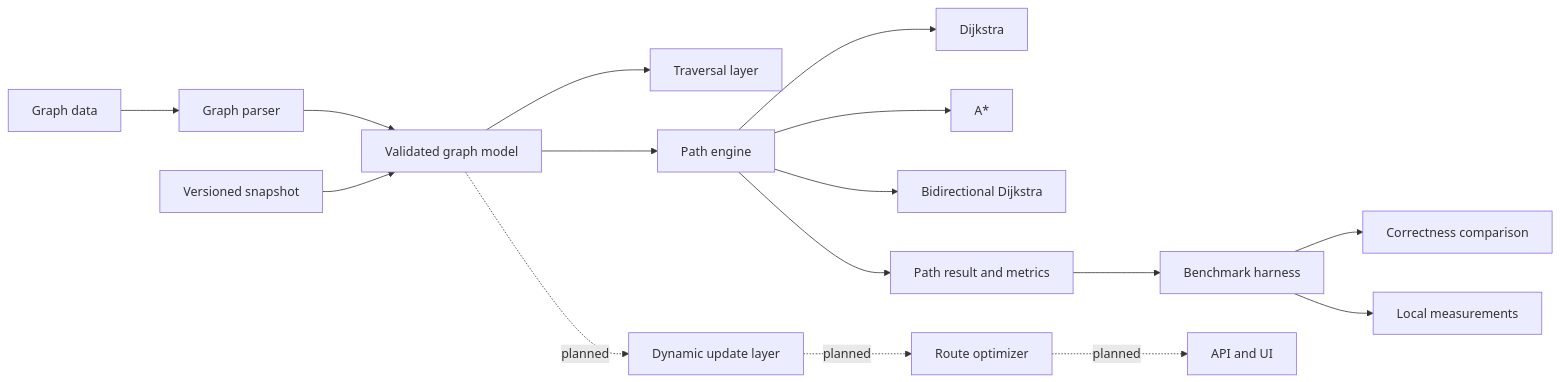
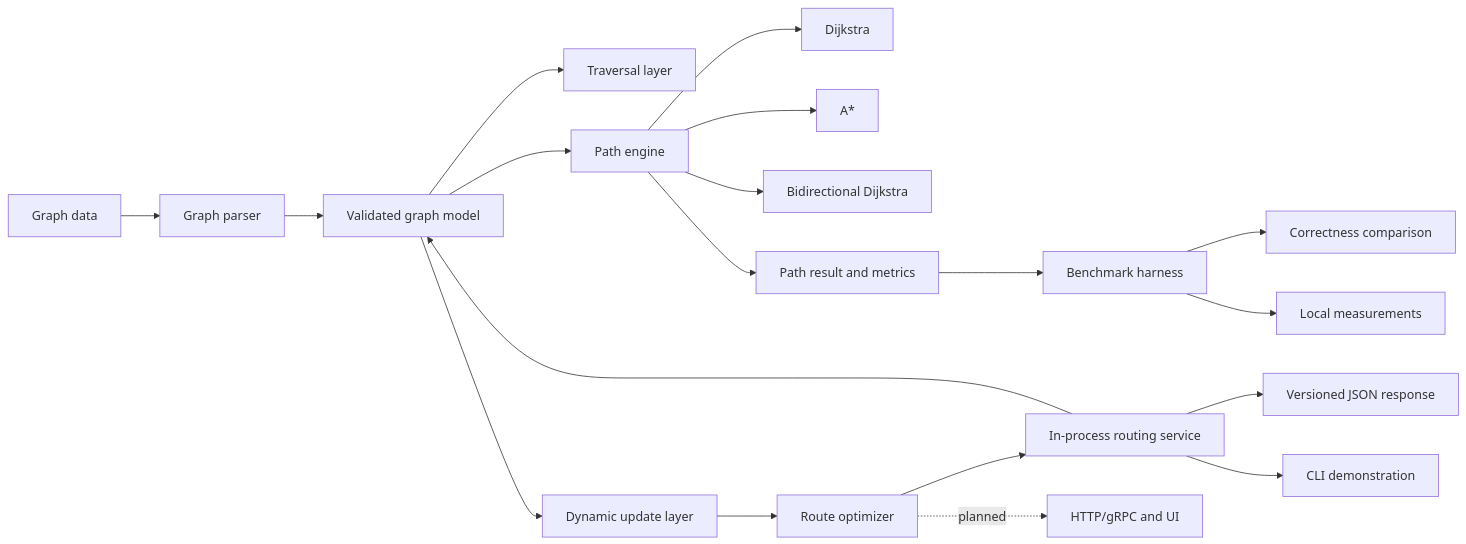
Before and after one commit to Bishrav/ATLAS: the diagram in README.md, drawn with Mermaid. The commit also changed other lines of this file and 2 other files, not shown here.

````diff
--- a/README.md
+++ b/README.md
@@ -75,18 +75,21 @@
 ```mermaid
 flowchart LR
     D[Graph data] --> P[Graph parser]
     P --> V[Validated graph model]
     S[Versioned snapshot] --> V
     V --> T[Traversal layer]
     V --> R[Path engine]
     R --> DJ[Dijkstra]
     R --> AS[A*]
     R --> BD[Bidirectional Dijkstra]
     R --> M[Path result and metrics]
     M --> B[Benchmark harness]
     B --> C[Correctness comparison]
     B --> E[Local measurements]
-    V -. planned .-> U[Dynamic update layer]
-    U -. planned .-> O[Route optimizer]
-    O -. planned .-> API[API and UI]
+    V --> U[Dynamic update layer]
+    U --> O[Route optimizer]
+    O --> S[In-process routing service]
+    S --> API[Versioned JSON response]
+    S --> CLI[CLI demonstration]
+    O -. planned .-> UI[HTTP/gRPC and UI]
 ```
````
